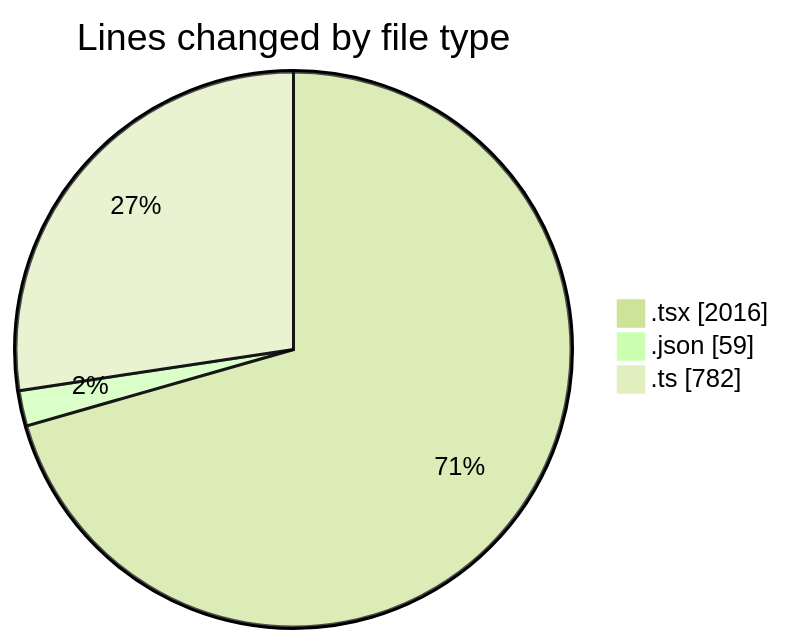
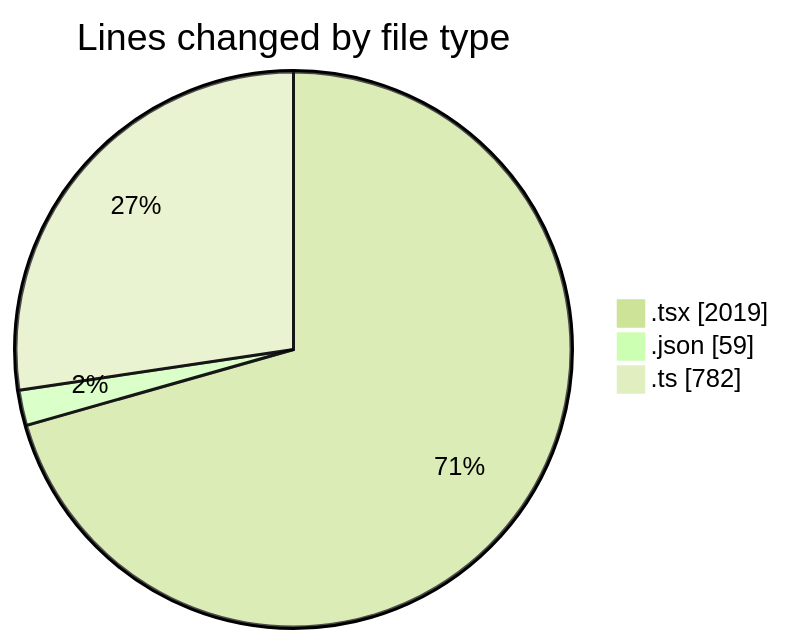
Before and after one commit to momahboobian/code-tracking: the first of 2 diagrams in 2025-11-24/cda/README.md, drawn with Mermaid (forest theme). The commit also changed other lines of this file and 1 other file, not shown here.

````diff
--- a/2025-11-24/cda/README.md
+++ b/2025-11-24/cda/README.md
@@ -31,7 +31,7 @@
 ```mermaid
 pie showData
 title Lines changed by file type
-".tsx" : 2016
+".tsx" : 2019
 ".json" : 59
 ".ts" : 782
 ```
````
